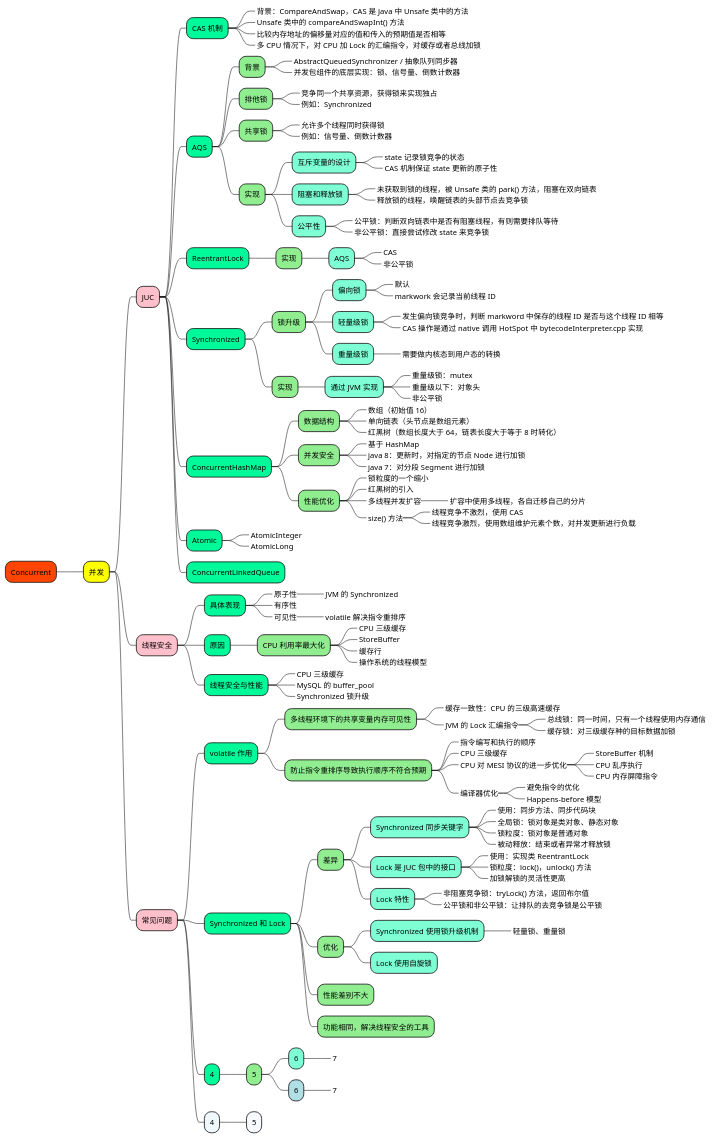
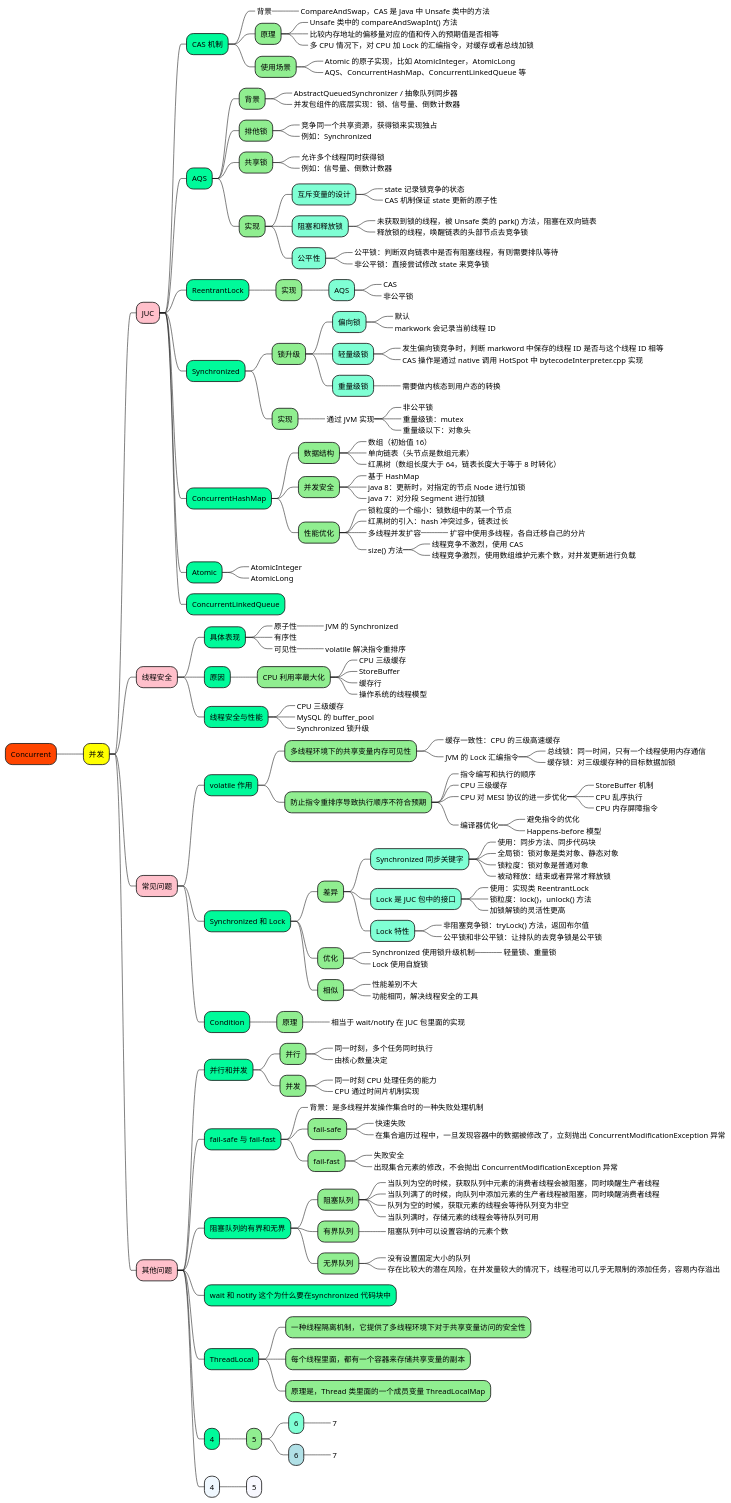
Before and after one commit to doveg/self-cultivation-of-a-software-engineer: the diagram in 1_map/1-java/Concurrent.puml, drawn with PlantUML. The commit also changed 16 other files, not shown here.

```diff
--- a/1_map/1-java/Concurrent.puml
+++ b/1_map/1-java/Concurrent.puml
@@ -8,10 +8,15 @@
 
 ++++[#MediumSpringGreen] CAS 机制
 
-+++++[#LightGreen]_ 背景：CompareAndSwap，CAS 是 Java 中 Unsafe 类中的方法
-+++++[#LightGreen]_ Unsafe 类中的 compareAndSwapInt() 方法
-+++++[#LightGreen]_ 比较内存地址的偏移量对应的值和传入的预期值是否相等
-+++++[#LightGreen]_ 多 CPU 情况下，对 CPU 加 Lock 的汇编指令，对缓存或者总线加锁
++++++[#LightGreen]_ 背景
+++++++[#Aquamarine]_ CompareAndSwap，CAS 是 Java 中 Unsafe 类中的方法
++++++[#LightGreen] 原理
+++++++[#Aquamarine]_ Unsafe 类中的 compareAndSwapInt() 方法
+++++++[#Aquamarine]_ 比较内存地址的偏移量对应的值和传入的预期值是否相等
+++++++[#Aquamarine]_ 多 CPU 情况下，对 CPU 加 Lock 的汇编指令，对缓存或者总线加锁
++++++[#LightGreen] 使用场景
+++++++[#Aquamarine]_ Atomic 的原子实现，比如 AtomicInteger，AtomicLong
+++++++[#Aquamarine]_ AQS、ConcurrentHashMap、ConcurrentLinkedQueue 等
 
 
 ++++[#MediumSpringGreen] AQS
@@ -64,10 +69,10 @@
 +++++++[#Aquamarine]_ 需要做内核态到用户态的转换
 
 +++++[#LightGreen] 实现
-++++++[#Aquamarine] 通过 JVM 实现
+++++++[#Aquamarine]_ 通过 JVM 实现
++++++++[#Aquamarine]_ 非公平锁
 +++++++[#Aquamarine]_ 重量级锁：mutex
 +++++++[#Aquamarine]_ 重量级以下：对象头
-+++++++[#Aquamarine]_ 非公平锁
 
 
 
@@ -85,8 +90,8 @@
 ++++++[#Aquamarine]_ java 7：对分段 Segment 进行加锁
 
 +++++[#LightGreen] 性能优化
-++++++[#Aquamarine]_ 锁粒度的一个缩小
-++++++[#Aquamarine]_ 红黑树的引入
+++++++[#Aquamarine]_ 锁粒度的一个缩小：锁数组中的某一个节点
+++++++[#Aquamarine]_ 红黑树的引入：hash 冲突过多，链表过长
 ++++++[#Aquamarine]_ 多线程并发扩容
 +++++++[#Aquamarine]_ 扩容中使用多线程，各自迁移自己的分片
 ++++++[#Aquamarine]_ size() 方法
@@ -170,14 +175,61 @@
 +++++++[#Aquamarine]_ 公平锁和非公平锁：让排队的去竞争锁是公平锁
 
 +++++[#LightGreen] 优化
-++++++[#Aquamarine] Synchronized 使用锁升级机制
+++++++[#Aquamarine]_ Synchronized 使用锁升级机制
 +++++++[#Aquamarine]_ 轻量锁、重量锁
-++++++[#Aquamarine] Lock 使用自旋锁
+++++++[#Aquamarine]_ Lock 使用自旋锁
 
-+++++[#LightGreen] 性能差别不大
 
-+++++[#LightGreen] 功能相同，解决线程安全的工具
++++++[#LightGreen] 相似
+++++++[#Aquamarine]_ 性能差别不大
+++++++[#Aquamarine]_ 功能相同，解决线程安全的工具
 
+
+++++[#MediumSpringGreen] Condition
+
++++++[#LightGreen] 原理
+++++++[#Aquamarine]_ 相当于 wait/notify 在 JUC 包里面的实现
+
+
+
++++[#Pink] 其他问题
+
+++++[#MediumSpringGreen] 并行和并发
++++++[#LightGreen] 并行
+++++++[#Aquamarine]_ 同一时刻，多个任务同时执行
+++++++[#Aquamarine]_ 由核心数量决定
++++++[#LightGreen] 并发
+++++++[#Aquamarine]_ 同一时刻 CPU 处理任务的能力
+++++++[#Aquamarine]_ CPU 通过时间片机制实现
+
+++++[#MediumSpringGreen] fail-safe 与 fail-fast
++++++[#LightGreen]_ 背景：是多线程并发操作集合时的一种失败处理机制
++++++[#LightGreen] fail-safe
+++++++[#Aquamarine]_ 快速失败
+++++++[#Aquamarine]_ 在集合遍历过程中，一旦发现容器中的数据被修改了，立刻抛出 ConcurrentModificationException 异常
++++++[#LightGreen] fail-fast
+++++++[#Aquamarine]_ 失败安全
+++++++[#Aquamarine]_ 出现集合元素的修改，不会抛出 ConcurrentModificationException 异常
+
+
+++++[#MediumSpringGreen] 阻塞队列的有界和无界
++++++[#LightGreen] 阻塞队列
+++++++[#Aquamarine]_ 当队列为空的时候，获取队列中元素的消费者线程会被阻塞，同时唤醒生产者线程
+++++++[#Aquamarine]_ 当队列满了的时候，向队列中添加元素的生产者线程被阻塞，同时唤醒消费者线程
+++++++[#Aquamarine]_ 队列为空的时候，获取元素的线程会等待队列变为非空
+++++++[#Aquamarine]_ 当队列满时，存储元素的线程会等待队列可用
++++++[#LightGreen] 有界队列
+++++++[#Aquamarine]_ 阻塞队列中可以设置容纳的元素个数
++++++[#LightGreen] 无界队列
+++++++[#Aquamarine]_ 没有设置固定大小的队列
+++++++[#Aquamarine]_ 存在比较大的潜在风险，在并发量较大的情况下，线程池可以几乎无限制的添加任务，容易内存溢出
+
+
+++++[#MediumSpringGreen] wait 和 notify 这个为什么要在synchronized 代码块中
+++++[#MediumSpringGreen] ThreadLocal
++++++[#LightGreen] 一种线程隔离机制，它提供了多线程环境下对于共享变量访问的安全性
++++++[#LightGreen] 每个线程里面，都有一个容器来存储共享变量的副本
++++++[#LightGreen] 原理是，Thread 类里面的一个成员变量 ThreadLocalMap
 
 
 
```
